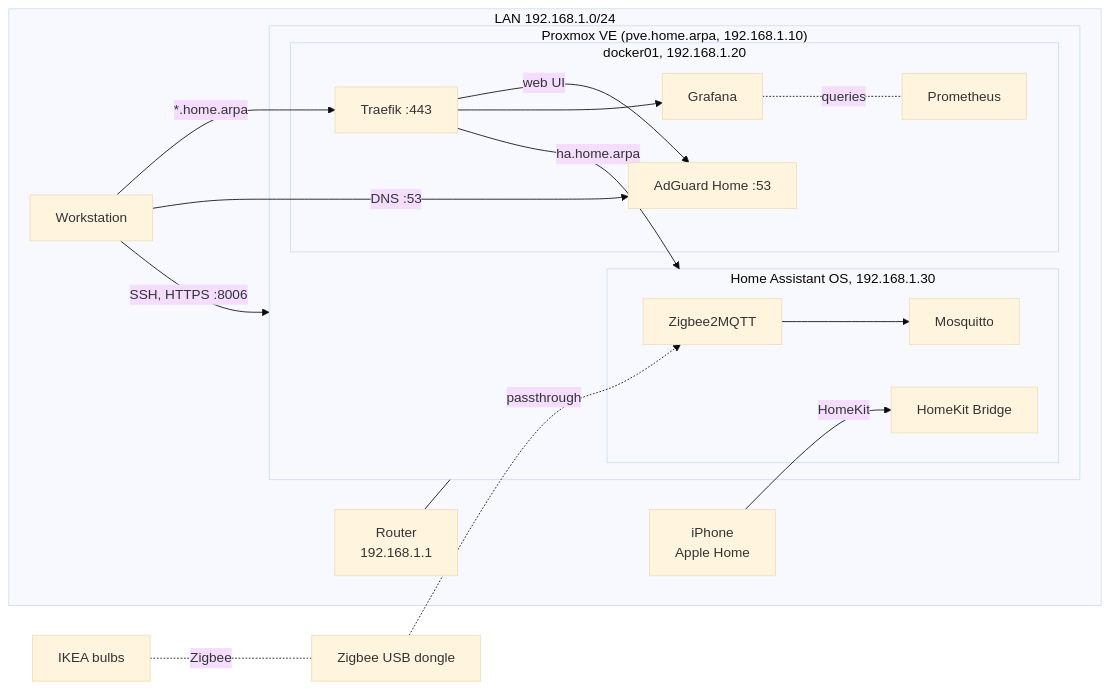
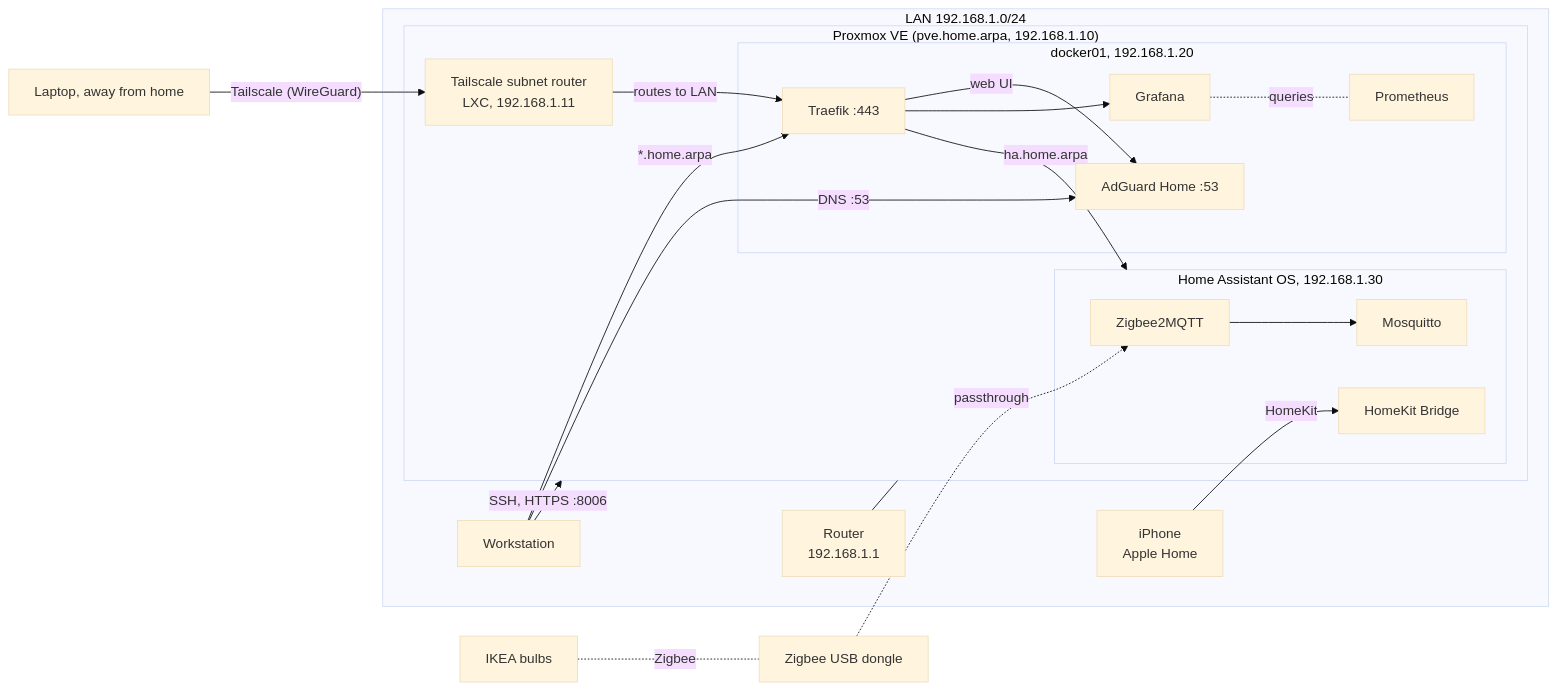
The diagram in README.md (ralferik/homelab), drawn with Mermaid (base theme) before and after one commit. The commit also changed other lines of this file and 2 other files, not shown here.

````diff
--- a/README.md
+++ b/README.md
@@ -12,33 +12,36 @@
 ```mermaid
 flowchart LR
     subgraph LAN["LAN 192.168.1.0/24"]
         router["Router<br/>192.168.1.1"]
         ws["Workstation"]
         phone["iPhone<br/>Apple Home"]
         subgraph pve["Proxmox VE (pve.home.arpa, 192.168.1.10)"]
+            ts["Tailscale subnet router<br/>LXC, 192.168.1.11"]
             subgraph docker["docker01, 192.168.1.20"]
                 traefik["Traefik :443"]
                 adguard["AdGuard Home :53"]
                 prom["Prometheus"]
                 grafana["Grafana"]
             end
             subgraph haos["Home Assistant OS, 192.168.1.30"]
                 z2m["Zigbee2MQTT"]
                 mqtt["Mosquitto"]
                 homekit["HomeKit Bridge"]
             end
         end
     end
     ws -- "SSH, HTTPS :8006" --> pve
+    laptop["Laptop, away from home"] -- "Tailscale (WireGuard)" --> ts
+    ts -- "routes to LAN" --> traefik
     ws -- "*.home.arpa" --> traefik
     traefik -- "web UI" --> adguard
     traefik -- "ha.home.arpa" --> haos
     traefik --> grafana
     grafana -. "queries" .- prom
     ws -- "DNS :53" --> adguard
     router --- pve
     dongle["Zigbee USB dongle"] -. passthrough .-> z2m
     z2m --> mqtt
     lamps["IKEA bulbs"] -. Zigbee .- dongle
     phone -- "HomeKit" --> homekit
 ```
````
